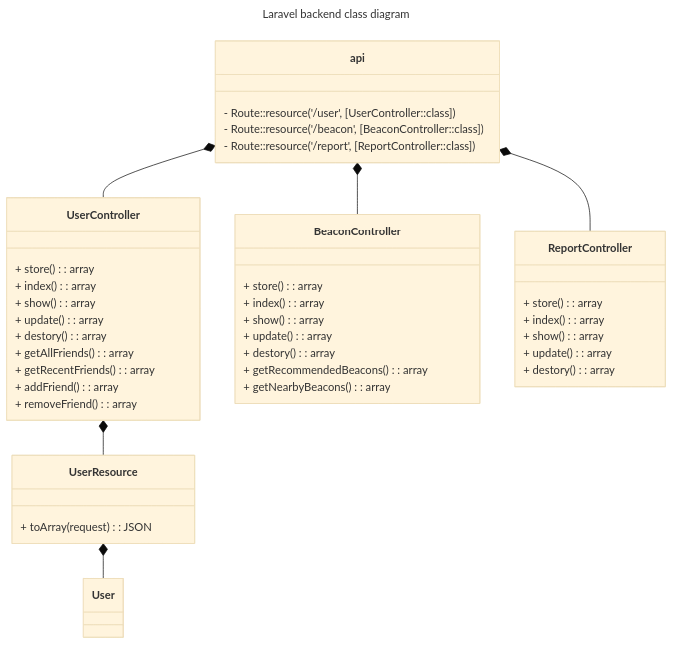
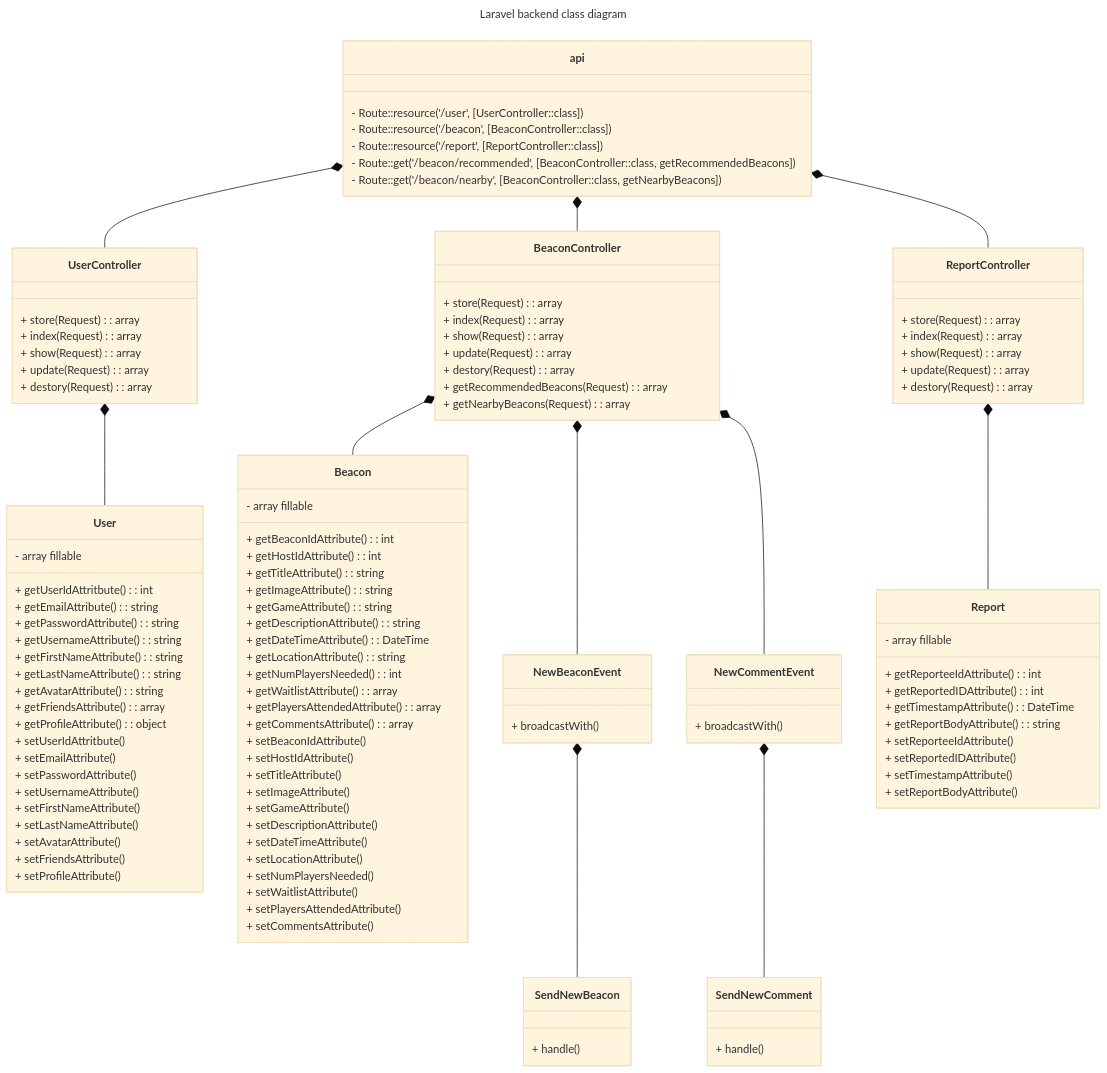
Before and after one commit to jenniferlieu/project-lomo-in-person-gaming-app: the seventh of 7 diagrams in documentation/docs/system-architecture/classdiagrams.md, drawn with Mermaid (base theme). The commit also changed other lines of this file and 1 other file, not shown here.

Commit message:
Finalize backend class diagram

````diff
--- a/documentation/docs/system-architecture/classdiagrams.md
+++ b/documentation/docs/system-architecture/classdiagrams.md
@@ -228,47 +261,115 @@
         - Route::resource('/user', [UserController::class])
         - Route::resource('/beacon', [BeaconController::class])
         - Route::resource('/report', [ReportController::class])
+        - Route::get('/beacon/recommended', [BeaconController::class, getRecommendedBeacons])
+        - Route::get('/beacon/nearby', [BeaconController::class, getNearbyBeacons])
     }
 
-    UserController *-- UserResource
-    UserResource *-- User
+    UserController *-- User
     class UserController{
-        + store(): array
-        + index(): array
-        + show(): array
-        + update(): array
-        + destory(): array
+        + store(Request): array
+        + index(Request): array
+        + show(Request): array
+        + update(Request): array
+        + destory(Request): array
+    }
+    class User {
+        - array fillable
+        + getUserIdAttritbute(): int
+        + getEmailAttribute(): string
+        + getPasswordAttribute(): string
+        + getUsernameAttribute(): string
+        + getFirstNameAttribute(): string
+        + getLastNameAttribute(): string
+        + getAvatarAttribute(): string
+        + getFriendsAttribute(): array
+        + getProfileAttribute(): object
 
-        + getAllFriends(): array
-        + getRecentFriends(): array
-        + addFriend(): array
-        + removeFriend(): array
+        + setUserIdAttritbute()
+        + setEmailAttribute()
+        + setPasswordAttribute()
+        + setUsernameAttribute()
+        + setFirstNameAttribute()
+        + setLastNameAttribute()
+        + setAvatarAttribute()
+        + setFriendsAttribute()
+        + setProfileAttribute()
     }
 
-    class UserResource {
-        + toArray(request): JSON
+    BeaconController *-- Beacon
+    BeaconController *-- NewBeaconEvent
+    NewBeaconEvent *-- SendNewBeacon
+    BeaconController *-- NewCommentEvent
+    NewCommentEvent *-- SendNewComment
+    class BeaconController{
+        + store(Request): array
+        + index(Request): array
+        + show(Request): array
+        + update(Request): array
+        + destory(Request): array
+
+        + getRecommendedBeacons(Request): array
+        + getNearbyBeacons(Request): array
+    }
+    class Beacon {
+        - array fillable
+        + getBeaconIdAttribute(): int
+        + getHostIdAttribute(): int
+        + getTitleAttribute(): string
+        + getImageAttribute(): string
+        + getGameAttribute(): string
+        + getDescriptionAttribute(): string
+        + getDateTimeAttribute(): DateTime
+        + getLocationAttribute(): string
+        + getNumPlayersNeeded(): int
+        + getWaitlistAttribute(): array
+        + getPlayersAttendedAttribute(): array
+        + getCommentsAttribute(): array
+
+        + setBeaconIdAttribute()
+        + setHostIdAttribute()
+        + setTitleAttribute()
+        + setImageAttribute()
+        + setGameAttribute()
+        + setDescriptionAttribute()
+        + setDateTimeAttribute()
+        + setLocationAttribute()
+        + setNumPlayersNeeded()
+        + setWaitlistAttribute()
+        + setPlayersAttendedAttribute()
+        + setCommentsAttribute()
+    }
+    class NewBeaconEvent {
+        + broadcastWith()
+    }
+    class NewCommentEvent {
+        + broadcastWith()
+    }
+    class SendNewBeacon {
+        + handle()
+    }
+    class SendNewComment {
+        + handle()
     }
 
-    class User {
-        
+    ReportController *-- Report
+    class ReportController{
+        + store(Request): array
+        + index(Request): array
+        + show(Request): array
+        + update(Request): array
+        + destory(Request): array
     }
+    class Report {
+        - array fillable
+        + getReporteeIdAttribute(): int
+        + getReportedIDAttribute(): int
+        + getTimestampAttribute(): DateTime
+        + getReportBodyAttribute(): string
 
-    class BeaconController{
-        + store(): array
-        + index(): array
-        + show(): array
-        + update(): array
-        + destory(): array
-
-        + getRecommendedBeacons(): array
-        + getNearbyBeacons(): array
-    }
-
-    class ReportController{
-        + store(): array
-        + index(): array
-        + show(): array
-        + update(): array
-        + destory(): array
+        + setReporteeIdAttribute()
+        + setReportedIDAttribute()
+        + setTimestampAttribute()
+        + setReportBodyAttribute()
     }
 ```
````
